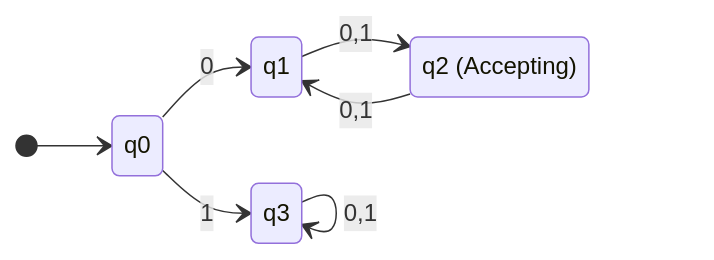
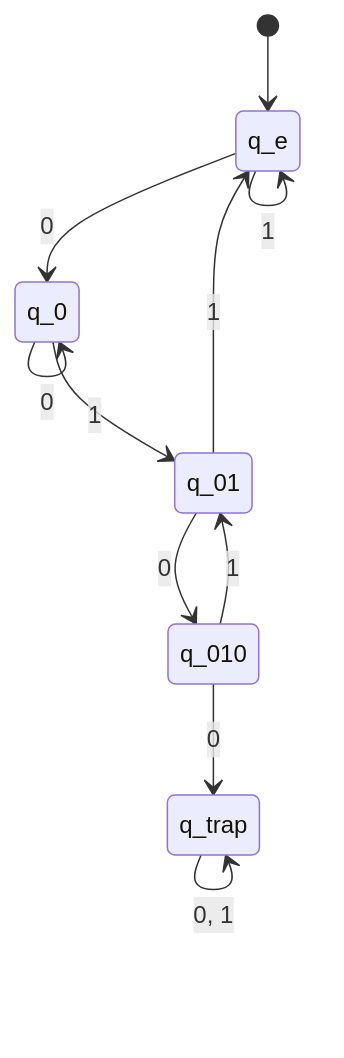
Before and after one commit to vikas-movva/Obsidian: the fifth of 12 diagrams in School/CP414 Foundations of Computing/Assignments/Assignment 1.md, drawn with Mermaid. The commit also changed other lines of this file and 1 other file, not shown here.

````diff
--- a/School/CP414 Foundations of Computing/Assignments/Assignment 1.md
+++ b/School/CP414 Foundations of Computing/Assignments/Assignment 1.md
@@ -16,11 +94,18 @@
 ```mermaid
 stateDiagram-v2
-    direction LR
-    [*] --> q0
-    q0 --> q1: 0
-    q0 --> q3: 1
-    q1 --> q2: 0,1
-    q2 --> q1: 0,1
-    q3 --> q3: 0,1
-    q2: q2 (Accepting)
+    [*] --> q_e
+    state q_e <<accept>>
+    state q_0 <<accept>>
+    state q_01 <<accept>>
+    state q_010 <<accept>>
+    
+    q_e --> q_0: 0
+    q_e --> q_e: 1
+    q_0 --> q_0: 0
+    q_0 --> q_01: 1
+    q_01 --> q_010: 0
+    q_01 --> q_e: 1
+    q_010 --> q_trap: 0
+    q_010 --> q_01: 1
+    q_trap --> q_trap: 0, 1
 ```
````
